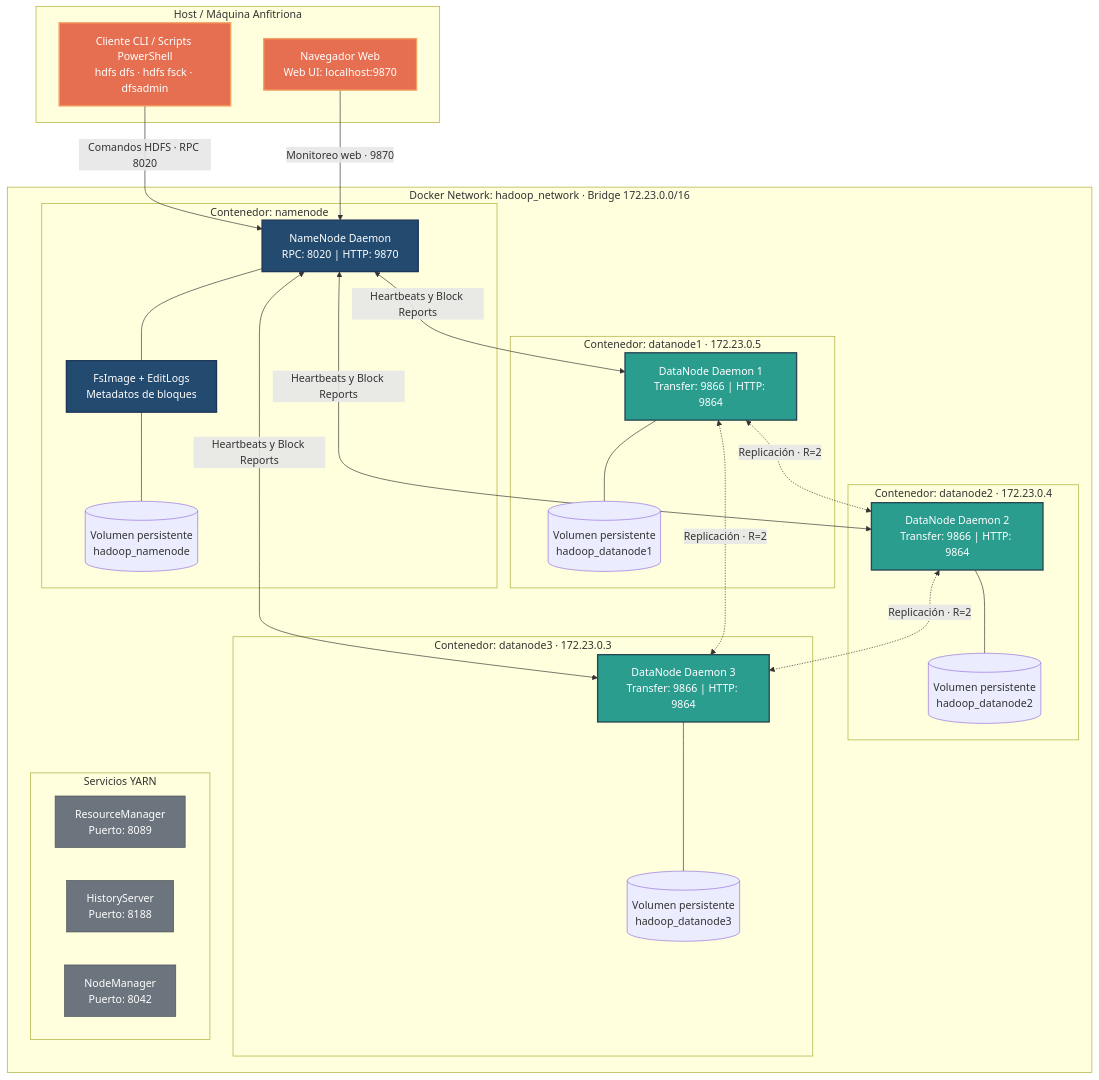
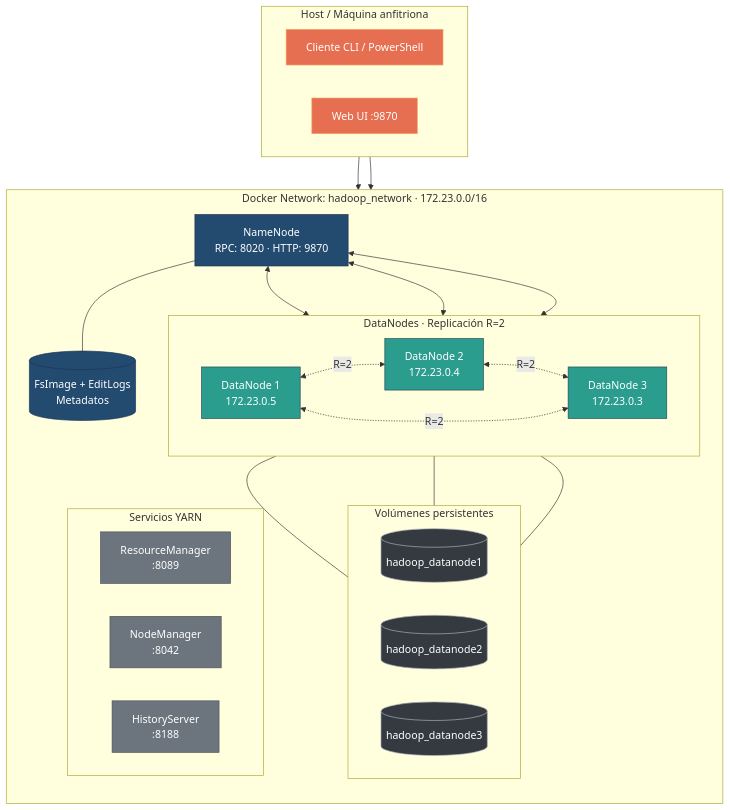
One commit to AlejandroV-alpha/bigdata-hdfs-grupo4 changed the diagram in README.md. Above: the diagram before and after it, drawn with Mermaid. The commit also changed other lines of this file, not shown here.

Commit message:
Update HDFS architecture diagram and descriptions

````diff
--- a/README.md
+++ b/README.md
@@ -78,62 +78,64 @@
 ```mermaid
 flowchart TB
-    subgraph HOST["Host / Máquina Anfitriona"]
-        CLI["Cliente CLI / Scripts PowerShell<br/>hdfs dfs · hdfs fsck · dfsadmin"]
-        BROWSER["Navegador Web<br/>Web UI: localhost:9870"]
+    subgraph HOST["Host / Máquina anfitriona"]
+        direction LR
+        CLI["Cliente CLI / PowerShell"]
+        WEB["Web UI :9870"]
     end
 
-    subgraph NETWORK["Docker Network: hadoop_network · Bridge 172.23.0.0/16"]
-        subgraph NN_BOX["Contenedor: namenode"]
-            NN["NameNode Daemon<br/>RPC: 8020 | HTTP: 9870"]
-            META["FsImage + EditLogs<br/>Metadatos de bloques"]
-            NVOL[("Volumen persistente<br/>hadoop_namenode")]
-            NN --- META
-            META --- NVOL
+    subgraph CLUSTER["Docker Network: hadoop_network · 172.23.0.0/16"]
+        direction TB
+
+        NN["NameNode<br/>RPC: 8020 · HTTP: 9870"]
+        META[("FsImage + EditLogs<br/>Metadatos")]
+        NN --- META
+
+        subgraph WORKERS["DataNodes · Replicación R=2"]
+            direction LR
+            D1["DataNode 1<br/>172.23.0.5"]
+            D2["DataNode 2<br/>172.23.0.4"]
+            D3["DataNode 3<br/>172.23.0.3"]
         end
 
-        subgraph DN1_BOX["Contenedor: datanode1 · 172.23.0.5"]
-            DN1["DataNode Daemon 1<br/>Transfer: 9866 | HTTP: 9864"]
-            V1[("Volumen persistente<br/>hadoop_datanode1")]
-            DN1 --- V1
-        end
-
-        subgraph DN2_BOX["Contenedor: datanode2 · 172.23.0.4"]
-            DN2["DataNode Daemon 2<br/>Transfer: 9866 | HTTP: 9864"]
-            V2[("Volumen persistente<br/>hadoop_datanode2")]
-            DN2 --- V2
-        end
-
-        subgraph DN3_BOX["Contenedor: datanode3 · 172.23.0.3"]
-            DN3["DataNode Daemon 3<br/>Transfer: 9866 | HTTP: 9864"]
-            V3[("Volumen persistente<br/>hadoop_datanode3")]
-            DN3 --- V3
+        subgraph STORAGE["Volúmenes persistentes"]
+            direction LR
+            V1[("hadoop_datanode1")]
+            V2[("hadoop_datanode2")]
+            V3[("hadoop_datanode3")]
         end
 
         subgraph YARN["Servicios YARN"]
-            RM["ResourceManager<br/>Puerto: 8089"]
-            JHS["HistoryServer<br/>Puerto: 8188"]
-            NM["NodeManager<br/>Puerto: 8042"]
+            direction LR
+            RM["ResourceManager<br/>:8089"]
+            NM["NodeManager<br/>:8042"]
+            JHS["HistoryServer<br/>:8188"]
         end
+
+        D1 --- V1
+        D2 --- V2
+        D3 --- V3
+
+        NN <--> D1
+        NN <--> D2
+        NN <--> D3
     end
 
-    CLI -->|"Comandos HDFS · RPC 8020"| NN
-    BROWSER -->|"Monitoreo web · 9870"| NN
+    CLI --> NN
+    WEB --> NN
 
-    NN <-->|"Heartbeats y Block Reports"| DN1
-    NN <-->|"Heartbeats y Block Reports"| DN2
-    NN <-->|"Heartbeats y Block Reports"| DN3
+    D1 <-.->|R=2| D2
+    D2 <-.->|R=2| D3
+    D1 <-.->|R=2| D3
 
-    DN1 <.->|"Replicación · R=2"| DN2
-    DN2 <.->|"Replicación · R=2"| DN3
-    DN1 <.->|"Replicación · R=2"| DN3
-
-    classDef master fill:#234a6f,stroke:#1d3557,stroke-width:2px,color:#ffffff
-    classDef worker fill:#2a9d8f,stroke:#264653,stroke-width:2px,color:#ffffff
-    classDef client fill:#e76f51,stroke:#f4a261,stroke-width:2px,color:#ffffff
-    classDef yarnStyle fill:#6c757d,stroke:#495057,stroke-width:1px,color:#ffffff
+    classDef master fill:#234a6f,stroke:#1d3557,color:#fff
+    classDef worker fill:#2a9d8f,stroke:#264653,color:#fff
+    classDef client fill:#e76f51,stroke:#f4a261,color:#fff
+    classDef yarnStyle fill:#6c757d,stroke:#495057,color:#fff
+    classDef storage fill:#343a40,stroke:#adb5bd,color:#fff
 
     class NN,META master
-    class DN1,DN2,DN3 worker
-    class CLI,BROWSER client
-    class RM,JHS,NM yarnStyle
+    class D1,D2,D3 worker
+    class CLI,WEB client
+    class RM,NM,JHS yarnStyle
+    class V1,V2,V3 storage
 ```
````
